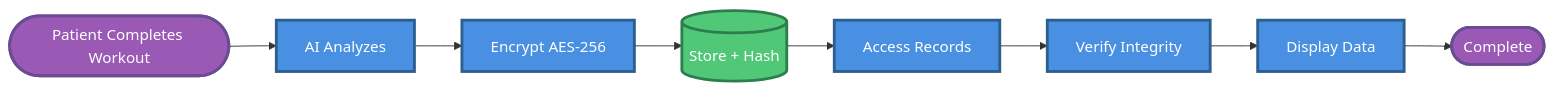
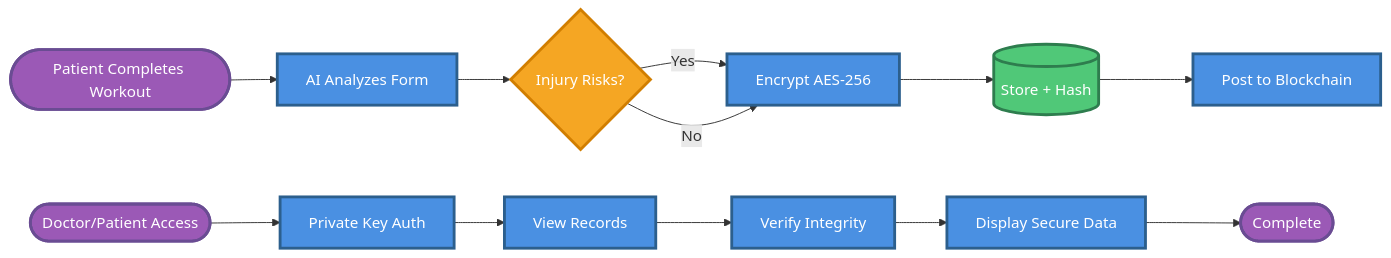
Before and after one commit to majidsafwaan2/gymguard: the diagram in BLOCKCHAIN_FLOWCHART_SIMPLE.md, drawn with Mermaid. The commit also changed other lines of this file, not shown here.

Commit message:
Optimize flowchart to exactly 12 elements with branching

````diff
--- a/BLOCKCHAIN_FLOWCHART_SIMPLE.md
+++ b/BLOCKCHAIN_FLOWCHART_SIMPLE.md
@@ -3,19 +3,26 @@
 ```mermaid
 flowchart LR
-    Start([Patient Completes Workout]) --> AI[AI Analyzes]
-    AI --> Encrypt[Encrypt AES-256]
+    Start([Patient Completes Workout]) --> AI[AI Analyzes Form]
+    AI --> Risk{Injury Risks?}
+    Risk -->|Yes| Encrypt[Encrypt AES-256]
+    Risk -->|No| Encrypt
     Encrypt --> Store[(Store + Hash)]
-    Store --> Access[Access Records]
-    Access --> Verify[Verify Integrity]
-    Verify --> Show[Display Data]
+    Store --> BC[Post to Blockchain]
+    
+    Access([Doctor/Patient Access]) --> Auth[Private Key Auth]
+    Auth --> View[View Records]
+    View --> Verify[Verify Integrity]
+    Verify --> Show[Display Secure Data]
     Show --> End([Complete])
     
     %% Styling
     classDef main fill:#4A90E2,stroke:#2C5F8D,stroke-width:3px,color:#fff
+    classDef decision fill:#F5A623,stroke:#D17E00,stroke-width:3px,color:#fff
     classDef store fill:#50C878,stroke:#2E7D4E,stroke-width:3px,color:#fff
     classDef start fill:#9B59B6,stroke:#6A4C93,stroke-width:3px,color:#fff
     
-    class AI,Encrypt,Access,Verify,Show main
+    class AI,Encrypt,BC,Auth,View,Verify,Show main
+    class Risk decision
     class Store store
-    class Start,End start
+    class Start,Access,End start
 ```
````
